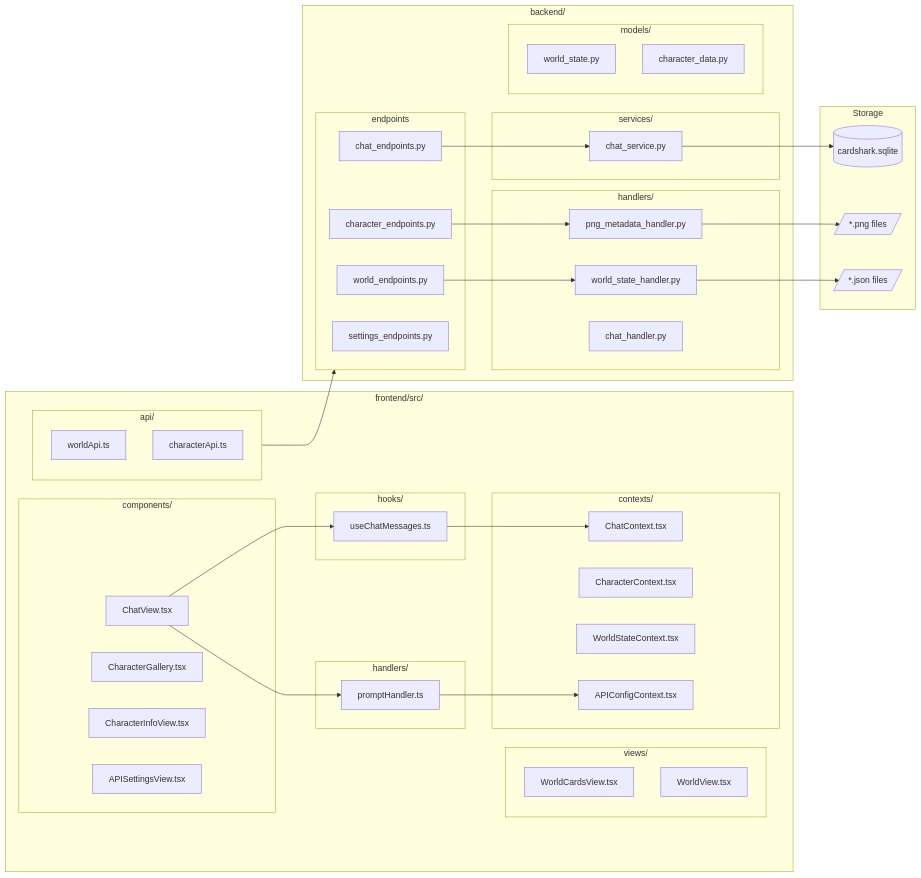
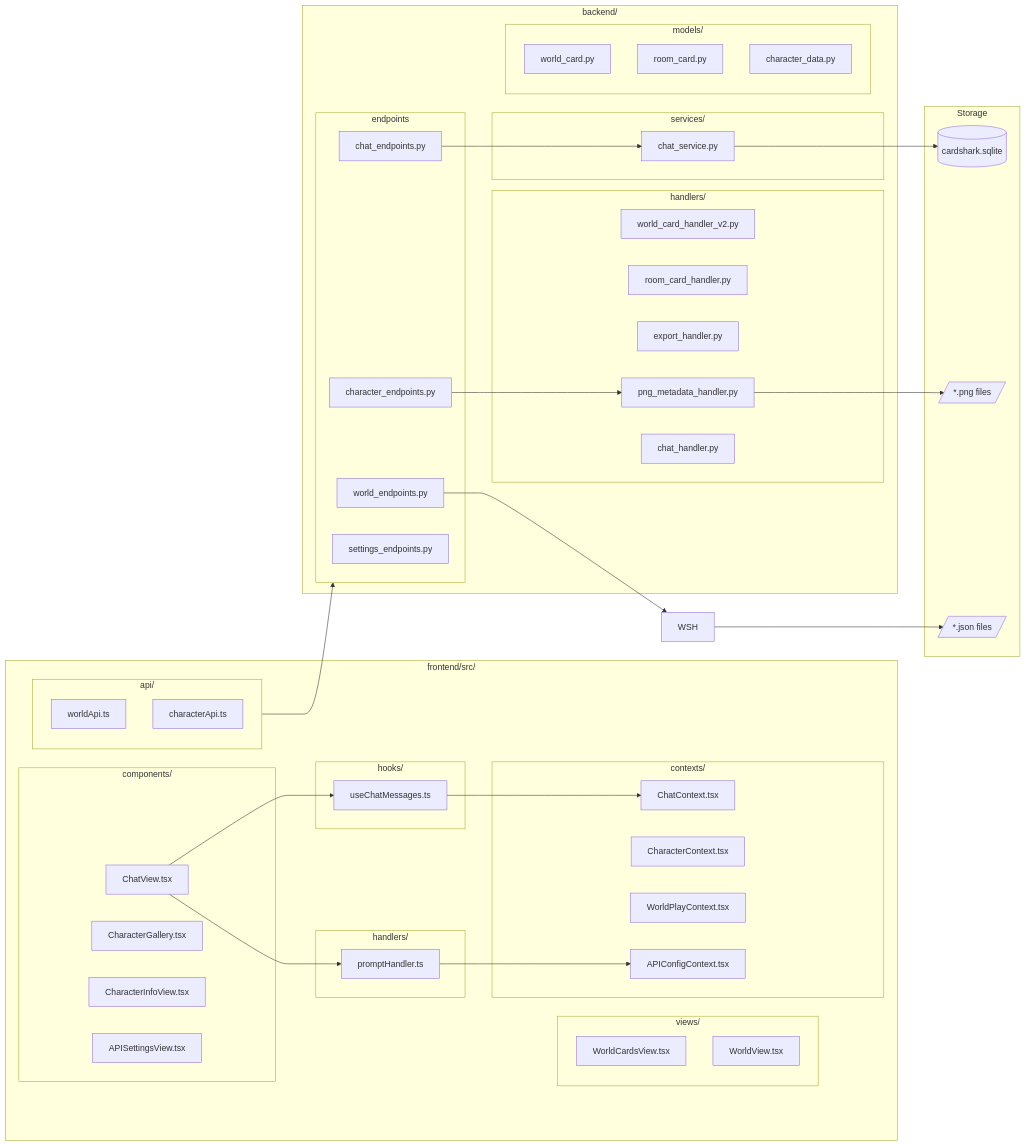
Before and after one commit to JStepUX/CardShark: the first of 4 diagrams in CONTEXT.md, drawn with Mermaid. The commit also changed other lines of this file and 8 other files, not shown here.

````diff
--- a/CONTEXT.md
+++ b/CONTEXT.md
@@ -85,67 +93,70 @@
 ```mermaid
 flowchart LR
 subgraph frontend[frontend/src/]
 subgraph views[views/]
 WCV[WorldCardsView.tsx]
 WV[WorldView.tsx]
 end
 subgraph components[components/]
 CV[ChatView.tsx]
 CG[CharacterGallery.tsx]
 CIV[CharacterInfoView.tsx]
 ASV[APISettingsView.tsx]
 end
 subgraph hooks[hooks/]
 UCM[useChatMessages.ts]
 end
 subgraph handlers[handlers/]
 PH[promptHandler.ts]
 end
 subgraph contexts[contexts/]
 CC[ChatContext.tsx]
 CharC[CharacterContext.tsx]
-WSC[WorldStateContext.tsx]
+WPC[WorldPlayContext.tsx]
 APC[APIConfigContext.tsx]
 end
 subgraph api[api/]
 WA[worldApi.ts]
 CA[characterApi.ts]
 end
 end
 subgraph backend[backend/]
 subgraph endpoints[endpoints]
 CE[chat_endpoints.py]
 ChE[character_endpoints.py]
 WE[world_endpoints.py]
 SE[settings_endpoints.py]
 end
 subgraph services[services/]
 CS[chat_service.py]
 end
 subgraph handlers_be[handlers/]
-WSH[world_state_handler.py]
+WCH[world_card_handler_v2.py]
+RCH[room_card_handler.py]
+EH[export_handler.py]
 PMH[png_metadata_handler.py]
 CH[chat_handler.py]
 end
 subgraph models[models/]
-WS[world_state.py]
+WC[world_card.py]
+RC[room_card.py]
 CD[character_data.py]
 end
 end
 subgraph storage[Storage]
 DB[(cardshark.sqlite)]
 PNG[/*.png files/]
 JSON[/*.json files/]
 end
 CV --> UCM
 UCM --> CC
 CV --> PH
 PH --> APC
 api --> endpoints
 CE --> CS
 CS --> DB
 ChE --> PMH
 PMH --> PNG
 WE --> WSH
 WSH --> JSON
 ```
````
